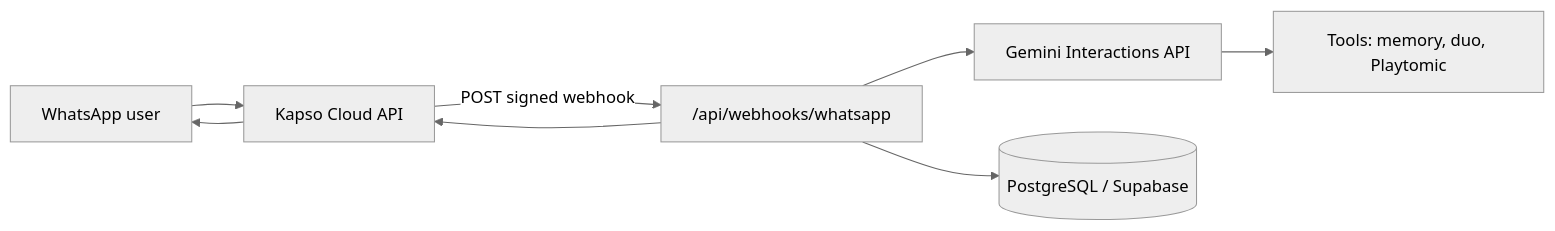
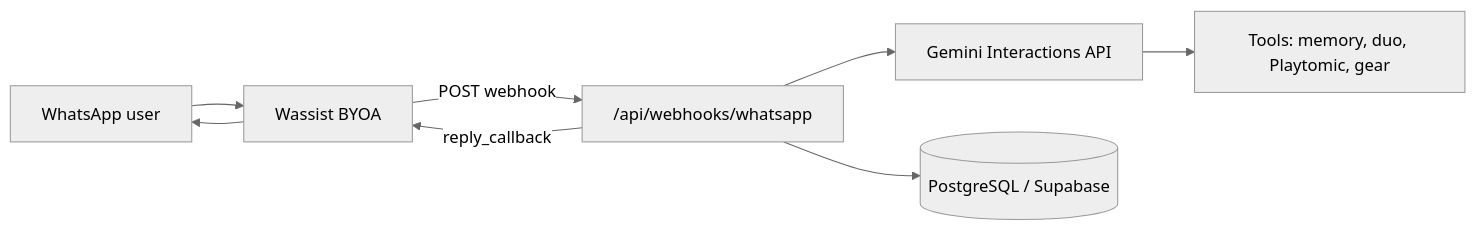
The diagram in README.md (trenchsheikh/lobsmash-whatsapp), drawn with Mermaid (neutral theme) before and after one commit. The commit also changed other lines of this file and 19 other files, not shown here.

````diff
--- a/README.md
+++ b/README.md
@@ -26,10 +26,10 @@
 ```mermaid
 flowchart LR
-  WA[WhatsApp user] --> Kapso[Kapso Cloud API]
-  Kapso -->|POST signed webhook| API["/api/webhooks/whatsapp"]
+  WA[WhatsApp user] --> Wassist[Wassist BYOA]
+  Wassist -->|POST webhook| API["/api/webhooks/whatsapp"]
+  API -->|reply_callback| Wassist
   API --> Gemini[Gemini Interactions API]
   API --> DB[(PostgreSQL / Supabase)]
-  Gemini --> Tools[Tools: memory, duo, Playtomic]
-  API --> Kapso
-  Kapso --> WA
+  Gemini --> Tools[Tools: memory, duo, Playtomic, gear]
+  Wassist --> WA
 ```
````
